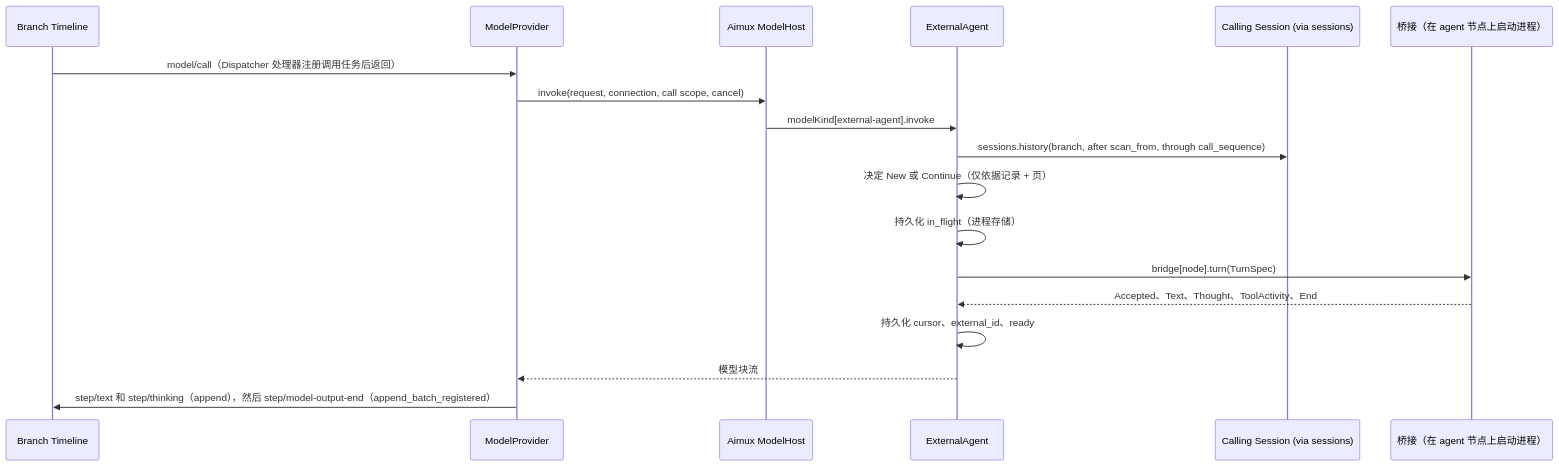
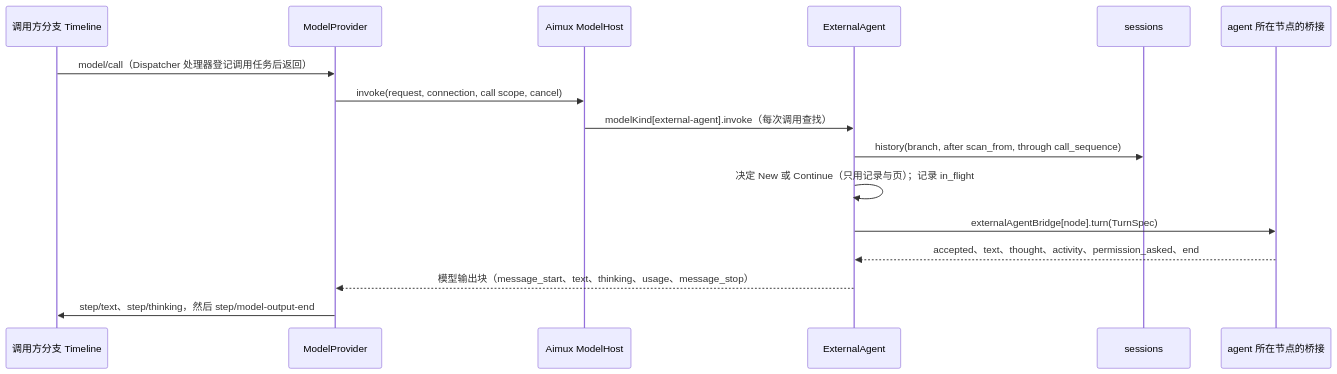
Before and after one commit to CoutinhoTTS/dim-agent: the third of 5 diagrams in docs/zh/design/plugins/ExternalAgent.md, drawn with Mermaid. The commit also changed other lines of this file and 4 other files, not shown here.

Commit message:
docs: ExternalAgent redesign zh mirror, overview and index updates (refs #145)

````diff
--- a/docs/zh/design/plugins/ExternalAgent.md
+++ b/docs/zh/design/plugins/ExternalAgent.md
@@ -96,20 +166,18 @@
 ```mermaid
 sequenceDiagram
-  participant TL as Branch Timeline
+  participant TL as 调用方分支 Timeline
   participant MP as ModelProvider
   participant MH as Aimux ModelHost
   participant EA as ExternalAgent
-  participant SA as Calling Session (via sessions)
-  participant BR as 桥接（在 agent 节点上启动进程）
-  TL->>MP: model/call（Dispatcher 处理器注册调用任务后返回）
+  participant SA as sessions
+  participant BR as agent 所在节点的桥接
+  TL->>MP: model/call（Dispatcher 处理器登记调用任务后返回）
   MP->>MH: invoke(request, connection, call scope, cancel)
-  MH->>EA: modelKind[external-agent].invoke
-  EA->>SA: sessions.history(branch, after scan_from, through call_sequence)
-  EA->>EA: 决定 New 或 Continue（仅依据记录 + 页）
-  EA->>EA: 持久化 in_flight（进程存储）
-  EA->>BR: bridge[node].turn(TurnSpec)
-  BR-->>EA: Accepted、Text、Thought、ToolActivity、End
-  EA->>EA: 持久化 cursor、external_id、ready
-  EA-->>MP: 模型块流
-  MP->>TL: step/text 和 step/thinking（append），然后 step/model-output-end（append_batch_registered）
+  MH->>EA: modelKind[external-agent].invoke（每次调用查找）
+  EA->>SA: history(branch, after scan_from, through call_sequence)
+  EA->>EA: 决定 New 或 Continue（只用记录与页）；记录 in_flight
+  EA->>BR: externalAgentBridge[node].turn(TurnSpec)
+  BR-->>EA: accepted、text、thought、activity、permission_asked、end
+  EA-->>MP: 模型输出块（message_start、text、thinking、usage、message_stop）
+  MP->>TL: step/text、step/thinking，然后 step/model-output-end
 ```
````
